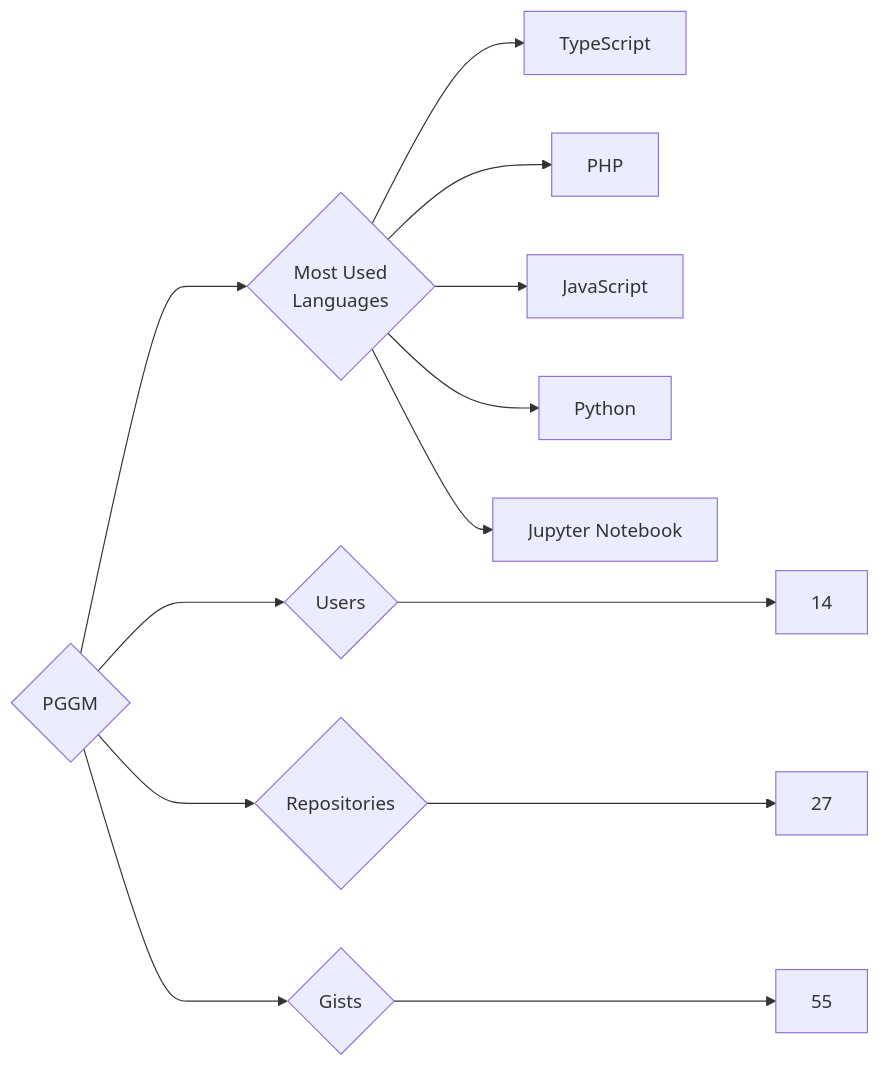
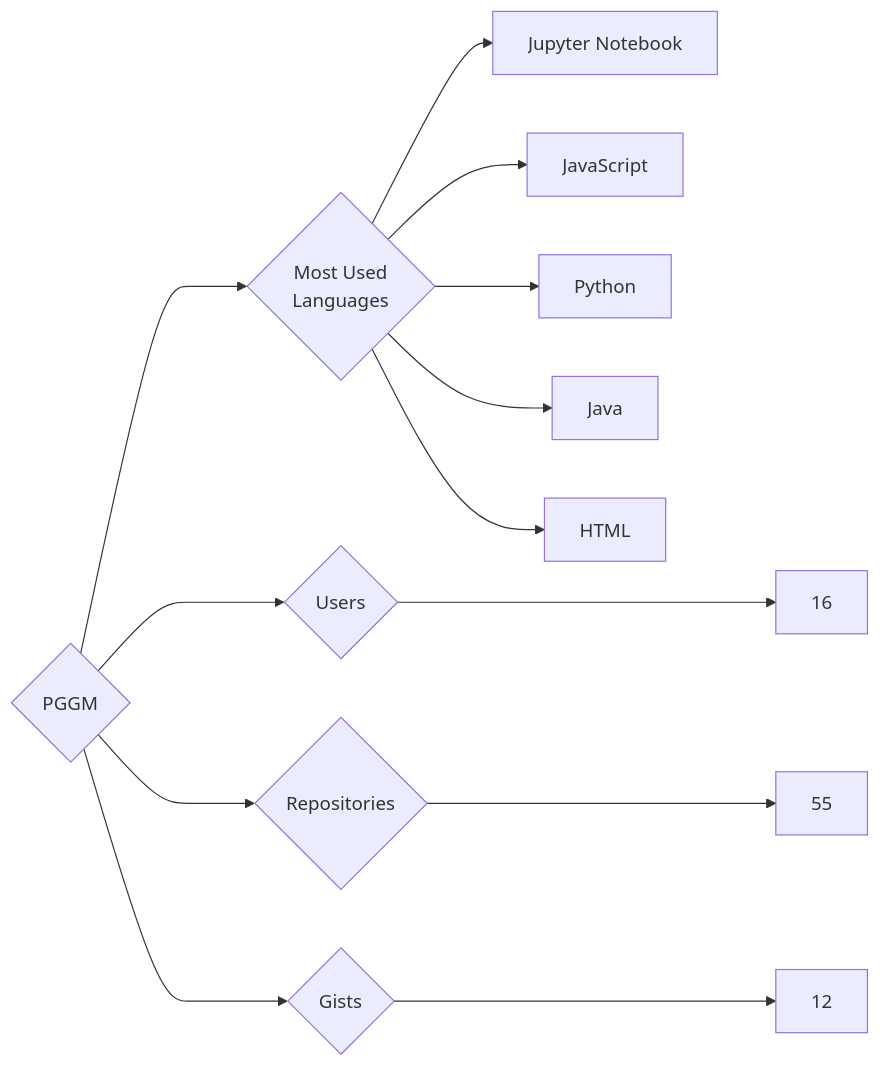
One commit to trickest/insiders changed the diagram in targets/PGGM/README.md. Above: the diagram before and after it, drawn with Mermaid. The commit also changed 912 other files, not shown here.

````diff
--- a/targets/PGGM/README.md
+++ b/targets/PGGM/README.md
@@ -3,13 +3,13 @@
 ```mermaid
 graph LR
 COMPANY_NAME{PGGM}
-COMPANY_NAME ---> U{Users} ---> UN[14]
-COMPANY_NAME ---> R{Repositories} ---> RN[27]
-COMPANY_NAME ---> G{Gists} ---> GN[55]
+COMPANY_NAME ---> U{Users} ---> UN[16]
+COMPANY_NAME ---> R{Repositories} ---> RN[55]
+COMPANY_NAME ---> G{Gists} ---> GN[12]
 COMPANY_NAME ---> ML{Most Used<br>Languages}
-ML --> TypeScript[TypeScript]
-ML --> PHP[PHP]
+ML --> Jupyter_Notebook[Jupyter Notebook]
 ML --> JavaScript[JavaScript]
 ML --> Python[Python]
-ML --> Jupyter_Notebook[Jupyter Notebook]
+ML --> Java[Java]
+ML --> HTML[HTML]
 ```
````
